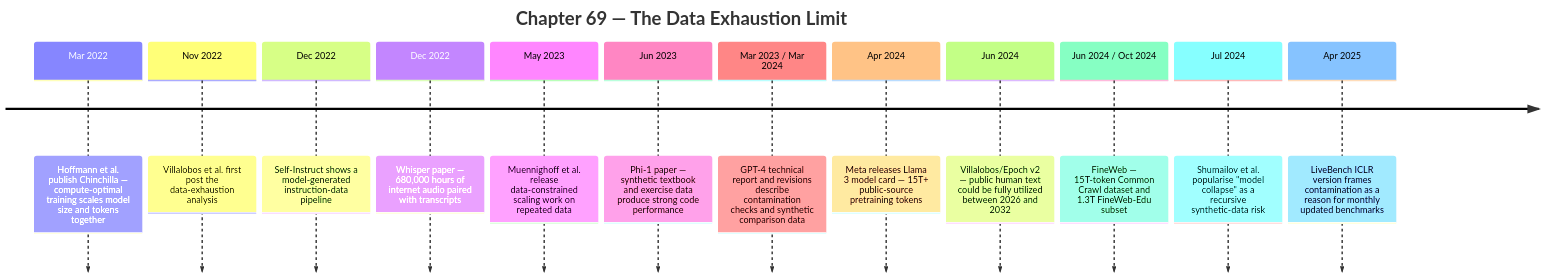
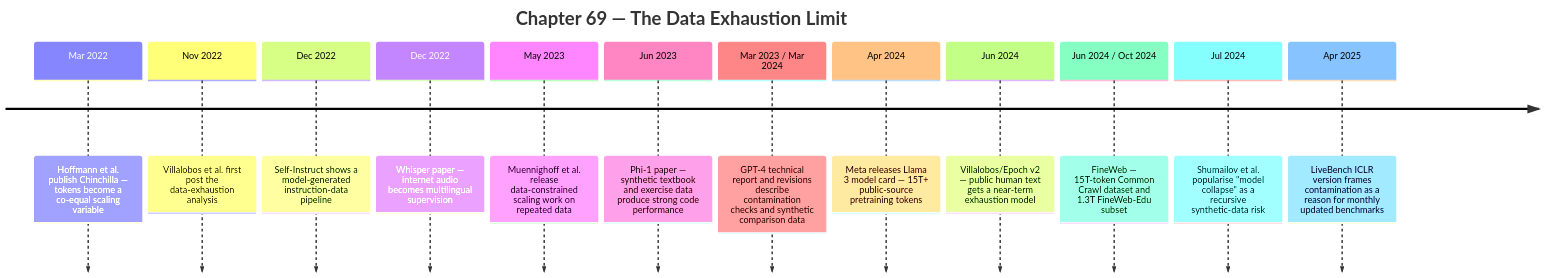
The diagram in src/content/docs/ai-history/ch-69-the-data-exhaustion-limit.md (kube-dojo/kube-dojo), drawn with Mermaid before and after one commit. The commit also changed other lines of this file and 2 other files, not shown here.

````diff
--- a/src/content/docs/ai-history/ch-69-the-data-exhaustion-limit.md
+++ b/src/content/docs/ai-history/ch-69-the-data-exhaustion-limit.md
@@ -29,16 +29,16 @@
 ```mermaid
 timeline
     title Chapter 69 — The Data Exhaustion Limit
-    Mar 2022 : Hoffmann et al. publish Chinchilla — compute-optimal training scales model size and tokens together
+    Mar 2022 : Hoffmann et al. publish Chinchilla — tokens become a co-equal scaling variable
     Nov 2022 : Villalobos et al. first post the data-exhaustion analysis
     Dec 2022 : Self-Instruct shows a model-generated instruction-data pipeline
-    Dec 2022 : Whisper paper — 680,000 hours of internet audio paired with transcripts
+    Dec 2022 : Whisper paper — internet audio becomes multilingual supervision
     May 2023 : Muennighoff et al. release data-constrained scaling work on repeated data
     Jun 2023 : Phi-1 paper — synthetic textbook and exercise data produce strong code performance
     Mar 2023 / Mar 2024 : GPT-4 technical report and revisions describe contamination checks and synthetic comparison data
     Apr 2024 : Meta releases Llama 3 model card — 15T+ public-source pretraining tokens
-    Jun 2024 : Villalobos/Epoch v2 — public human text could be fully utilized between 2026 and 2032
+    Jun 2024 : Villalobos/Epoch v2 — public human text gets a near-term exhaustion model
     Jun 2024 / Oct 2024 : FineWeb — 15T-token Common Crawl dataset and 1.3T FineWeb-Edu subset
     Jul 2024 : Shumailov et al. popularise "model collapse" as a recursive synthetic-data risk
     Apr 2025 : LiveBench ICLR version frames contamination as a reason for monthly updated benchmarks
 ```
````
